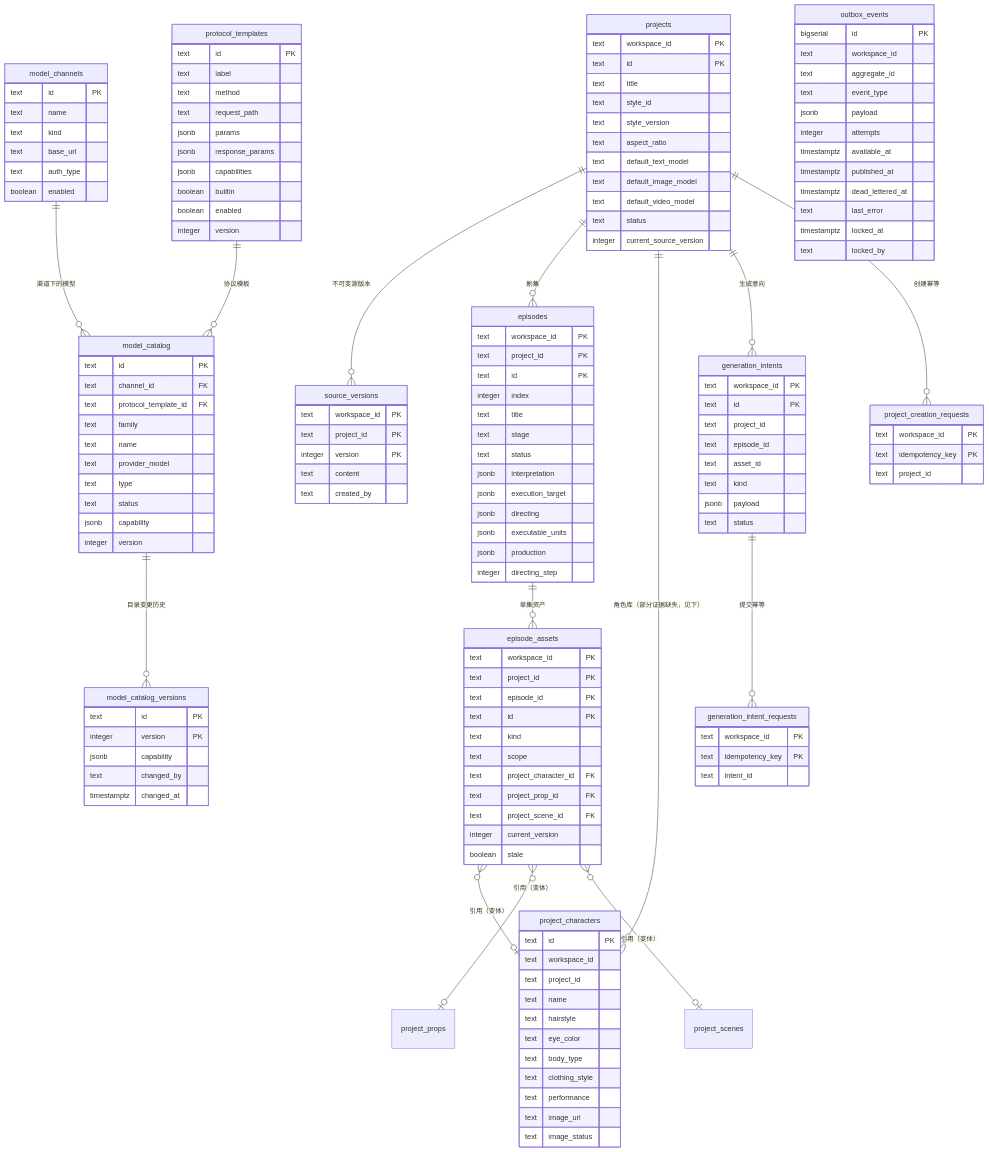
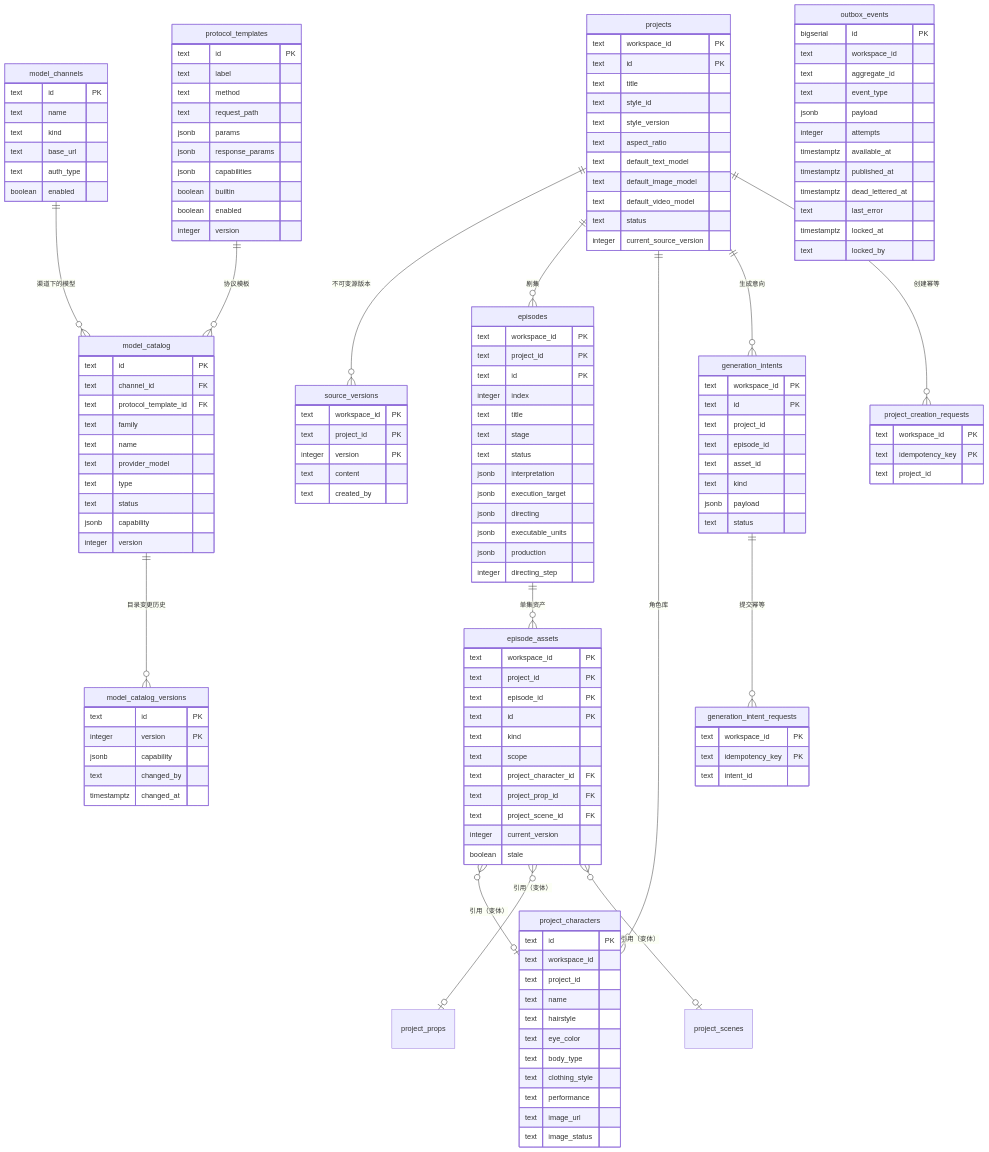
One commit to quanjunqi/ai-video-shot-designer changed the second of 4 diagrams in docs/architecture/03-data-model.md. Above: the diagram before and after it, drawn with Mermaid. The commit also changed other lines of this file and 4 other files, not shown here.

First line of the commit message:
fix(production): 补 project_characters 建表迁移并修正 020 的重复主键缺陷

```diff
--- a/docs/architecture/03-data-model.md
+++ b/docs/architecture/03-data-model.md
@@ -70,7 +70,7 @@
 erDiagram
     projects ||--o{ source_versions : "不可变源版本"
     projects ||--o{ episodes : "剧集"
-    projects ||--o{ project_characters : "角色库（部分证据缺失，见下）"
+    projects ||--o{ project_characters : "角色库"
     episodes ||--o{ episode_assets : "单集资产"
     episode_assets }o--o| project_characters : "引用（变体）"
     episode_assets }o--o| project_props : "引用（变体）"
```
